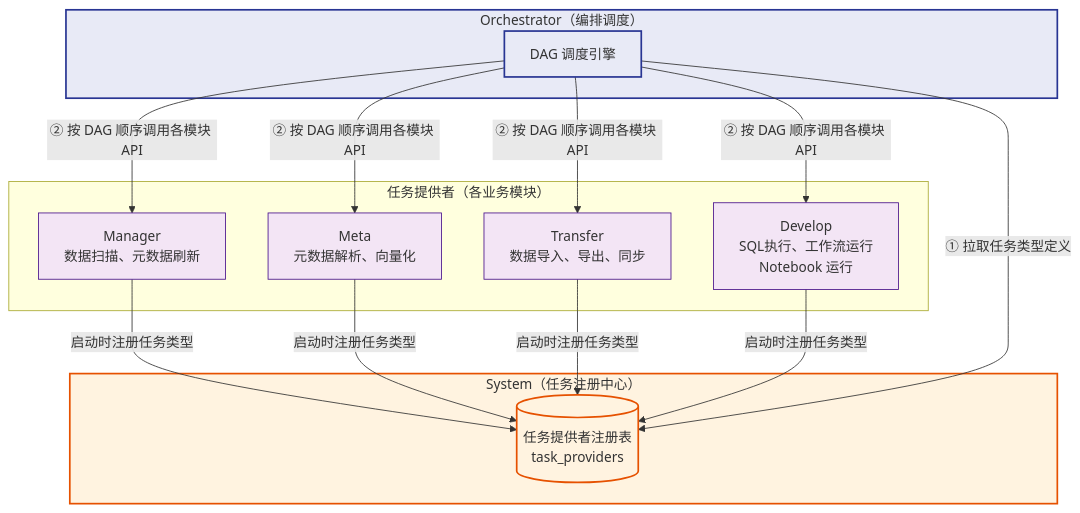
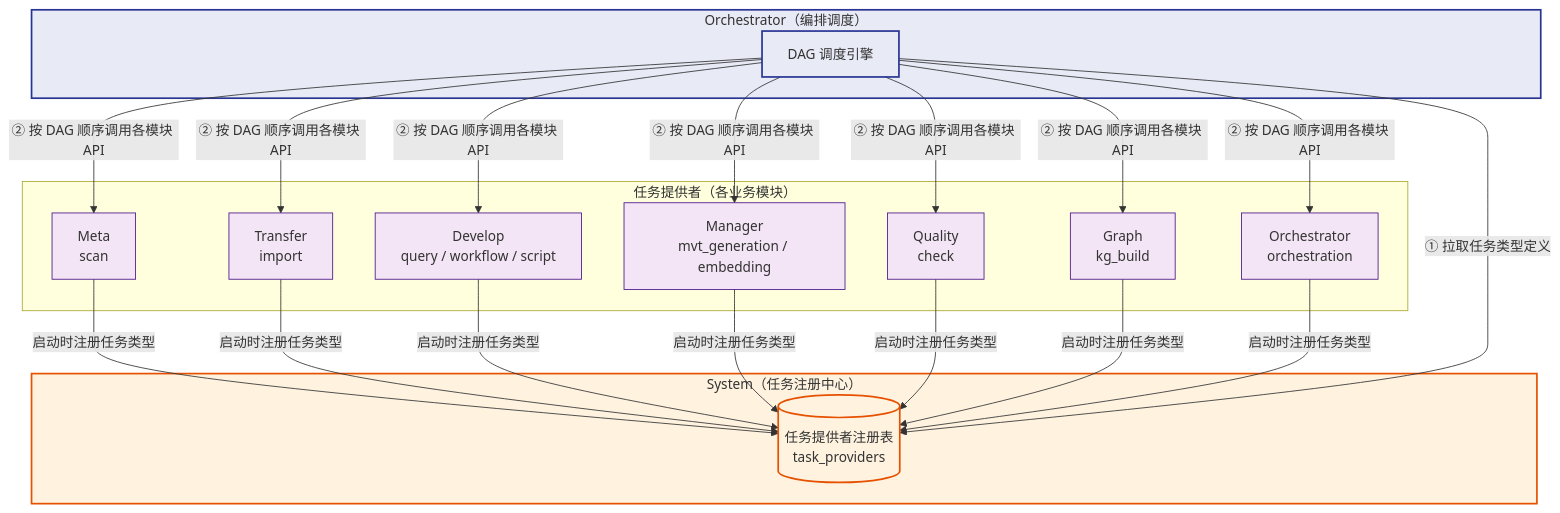
Before and after one commit to pampa0629/addp: diagram 11 of 12 in docs/concepts/addp模块架构图.md, drawn with Mermaid. The commit also changed other lines of this file and 63 other files, not shown here.

````diff
--- a/docs/concepts/addp模块架构图.md
+++ b/docs/concepts/addp模块架构图.md
@@ -708,35 +716,44 @@
 ```mermaid
 graph TB
     subgraph System["System（任务注册中心）"]
         TaskRegistry[(任务提供者注册表<br/>task_providers)]
     end
 
     subgraph Providers["任务提供者（各业务模块）"]
-        ManagerT["Manager<br/>数据扫描、元数据刷新"]
-        MetaT["Meta<br/>元数据解析、向量化"]
-        TransferT["Transfer<br/>数据导入、导出、同步"]
-        DevelopT["Develop<br/>SQL执行、工作流运行<br/>Notebook 运行"]
+        MetaT["Meta<br/>scan"]
+        TransferT["Transfer<br/>import"]
+        DevelopT["Develop<br/>query / workflow / script"]
+        ManagerT["Manager<br/>mvt_generation / embedding"]
+        QualityT["Quality<br/>check"]
+        GraphT["Graph<br/>kg_build"]
+        OrchestratorT["Orchestrator<br/>orchestration"]
 
-        ManagerT -->|"启动时注册任务类型"| TaskRegistry
         MetaT   -->|"启动时注册任务类型"| TaskRegistry
         TransferT -->|"启动时注册任务类型"| TaskRegistry
         DevelopT -->|"启动时注册任务类型"| TaskRegistry
+        ManagerT -->|"启动时注册任务类型"| TaskRegistry
+        QualityT -->|"启动时注册任务类型"| TaskRegistry
+        GraphT -->|"启动时注册任务类型"| TaskRegistry
+        OrchestratorT -->|"启动时注册任务类型"| TaskRegistry
     end
 
     subgraph Orchestrator["Orchestrator（编排调度）"]
         DAGEngine["DAG 调度引擎"]
         DAGEngine -->|"① 拉取任务类型定义"| TaskRegistry
-        DAGEngine -->|"② 按 DAG 顺序调用各模块 API"| ManagerT
         DAGEngine -->|"② 按 DAG 顺序调用各模块 API"| MetaT
         DAGEngine -->|"② 按 DAG 顺序调用各模块 API"| TransferT
         DAGEngine -->|"② 按 DAG 顺序调用各模块 API"| DevelopT
+        DAGEngine -->|"② 按 DAG 顺序调用各模块 API"| ManagerT
+        DAGEngine -->|"② 按 DAG 顺序调用各模块 API"| QualityT
+        DAGEngine -->|"② 按 DAG 顺序调用各模块 API"| GraphT
+        DAGEngine -->|"② 按 DAG 顺序调用各模块 API"| OrchestratorT
     end
 
     classDef system fill:#fff3e0,stroke:#e65100,stroke-width:2px
     classDef provider fill:#f3e5f5,stroke:#4a148c
     classDef orch fill:#e8eaf6,stroke:#283593,stroke-width:2px
 
     class System,TaskRegistry system
-    class ManagerT,MetaT,TransferT,DevelopT provider
+    class MetaT,TransferT,DevelopT,ManagerT,QualityT,GraphT,OrchestratorT provider
     class Orchestrator,DAGEngine orch
 ```
````
